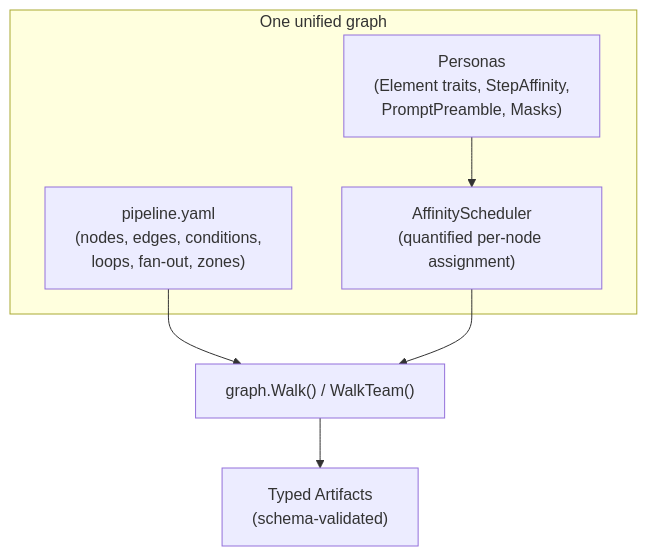
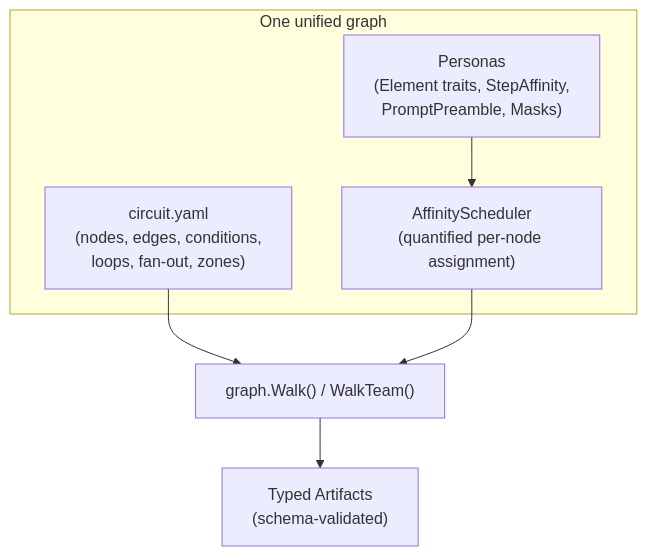
One commit to dpopsuev/origami changed the second of 2 diagrams in .cursor/contracts/completed/analysis/case-study-crewai-crews-and-flows.md. Above: the diagram before and after it, drawn with Mermaid. The commit also changed other lines of this file and 315 other files, not shown here.

````diff
--- a/.cursor/contracts/completed/analysis/case-study-crewai-crews-and-flows.md
+++ b/.cursor/contracts/completed/analysis/case-study-crewai-crews-and-flows.md
@@ -56,13 +56,13 @@
 ```mermaid
 flowchart TD
     subgraph unified [One unified graph]
-        YAML["pipeline.yaml\n(nodes, edges, conditions,\nloops, fan-out, zones)"]
+        YAML["circuit.yaml\n(nodes, edges, conditions,\nloops, fan-out, zones)"]
         Personas["Personas\n(Element traits, StepAffinity,\nPromptPreamble, Masks)"]
         Scheduler["AffinityScheduler\n(quantified per-node assignment)"]
     end
 
     YAML --> Walk["graph.Walk() / WalkTeam()"]
     Personas --> Scheduler
     Scheduler --> Walk
     Walk --> Artifacts["Typed Artifacts\n(schema-validated)"]
 ```
````
